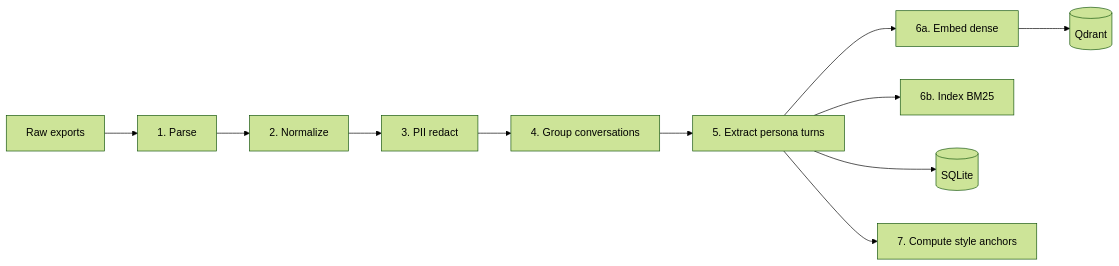
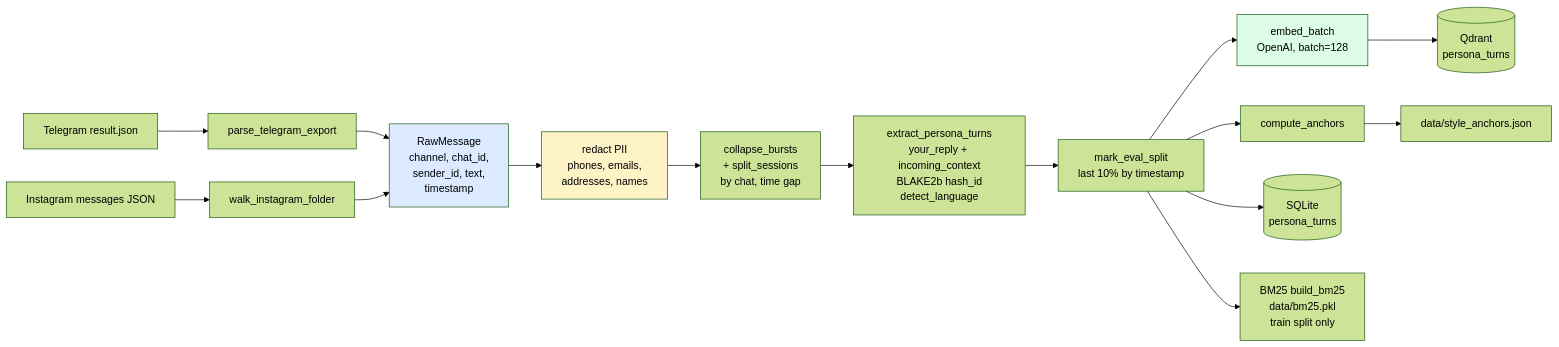
Before and after one commit to BohdanChuprynka/Persona-RAG: the diagram in docs/DATA-PIPELINE.md, drawn with Mermaid (forest theme). The commit also changed other lines of this file and 21 other files, not shown here.

First line of the commit message:
docs: portfolio-grade rebuild with C4 diagrams

````diff
--- a/docs/DATA-PIPELINE.md
+++ b/docs/DATA-PIPELINE.md
@@ -27,13 +40,25 @@
 ```mermaid
 flowchart LR
-    A[Raw exports] --> B[1. Parse]
-    B --> C[2. Normalize]
-    C --> D[3. PII redact]
-    D --> E[4. Group conversations]
-    E --> F[5. Extract persona turns]
-    F --> G[6a. Embed dense]
-    F --> BM[6b. Index BM25]
-    G --> H[(Qdrant)]
-    F --> I[(SQLite)]
-    F --> SA[7. Compute style anchors]
+    A1[Telegram result.json] --> P1[parse_telegram_export]
+    A2[Instagram messages JSON] --> P2[walk_instagram_folder]
+
+    P1 --> N[RawMessage<br/>channel, chat_id,<br/>sender_id, text,<br/>timestamp]
+    P2 --> N
+
+    N --> R[redact PII<br/>phones, emails,<br/>addresses, names]
+    R --> C[collapse_bursts<br/>+ split_sessions<br/>by chat, time gap]
+    C --> T[extract_persona_turns<br/>your_reply + incoming_context<br/>BLAKE2b hash_id<br/>detect_language]
+    T --> M[mark_eval_split<br/>last 10% by timestamp]
+
+    M --> E[embed_batch<br/>OpenAI, batch=128]
+    M --> ST[compute_anchors]
+    M --> DB[(SQLite<br/>persona_turns)]
+    M --> BM[BM25 build_bm25<br/>data/bm25.pkl<br/>train split only]
+
+    E --> Q[(Qdrant<br/>persona_turns)]
+    ST --> SA[data/style_anchors.json]
+
+    style N fill:#dbeafe
+    style R fill:#fef3c7
+    style E fill:#dcfce7
 ```
````
